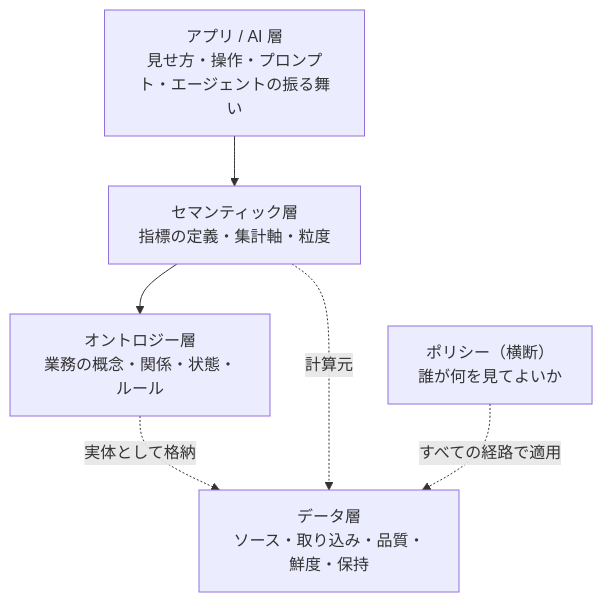
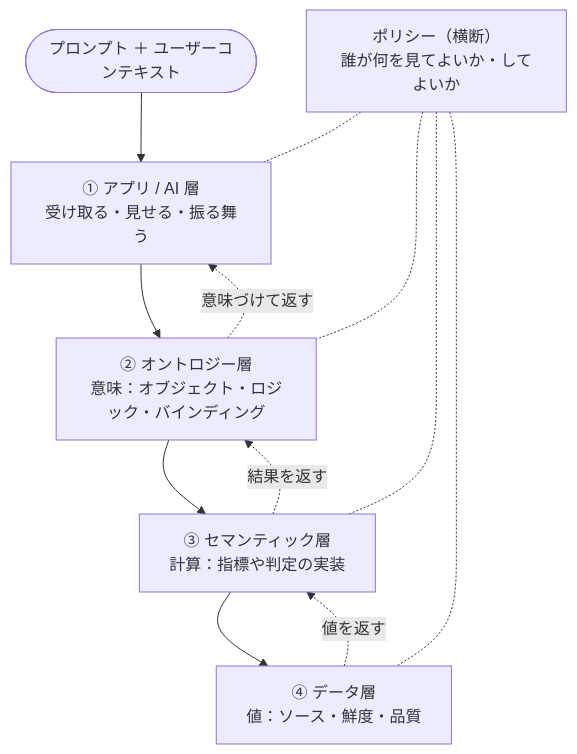
Before and after one commit to keito118/ai-ready-requirements: the diagram in framework/ja/01_layers.md, drawn with Mermaid. The commit also changed other lines of this file and 16 other files, not shown here.

````diff
--- a/framework/ja/01_layers.md
+++ b/framework/ja/01_layers.md
@@ -7,11 +7,15 @@
 ```mermaid
 flowchart TB
-  APP["アプリ / AI 層<br/>見せ方・操作・プロンプト・エージェントの振る舞い"]
-  SEM["セマンティック層<br/>指標の定義・集計軸・粒度"]
-  ONT["オントロジー層<br/>業務の概念・関係・状態・ルール"]
-  DAT["データ層<br/>ソース・取り込み・品質・鮮度・保持"]
-  APP --> SEM --> ONT
-  ONT -. 実体として格納 .-> DAT
-  SEM -. 計算元 .-> DAT
-  POL["ポリシー（横断）<br/>誰が何を見てよいか"] -. すべての経路で適用 .-> DAT
+  U([プロンプト ＋ ユーザーコンテキスト]) --> APP
+  APP["① アプリ / AI 層<br/>受け取る・見せる・振る舞う"]
+  ONT["② オントロジー層<br/>意味：オブジェクト・ロジック・バインディング"]
+  SEM["③ セマンティック層<br/>計算：指標や判定の実装"]
+  DAT["④ データ層<br/>値：ソース・鮮度・品質"]
+  APP --> ONT --> SEM --> DAT
+  DAT -. 値を返す .-> SEM -. 結果を返す .-> ONT -. 意味づけて返す .-> APP
+  POL["ポリシー（横断）<br/>誰が何を見てよいか・してよいか"]
+  POL -.- APP
+  POL -.- ONT
+  POL -.- SEM
+  POL -.- DAT
 ```
````
